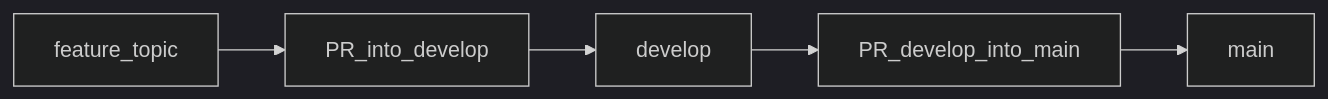
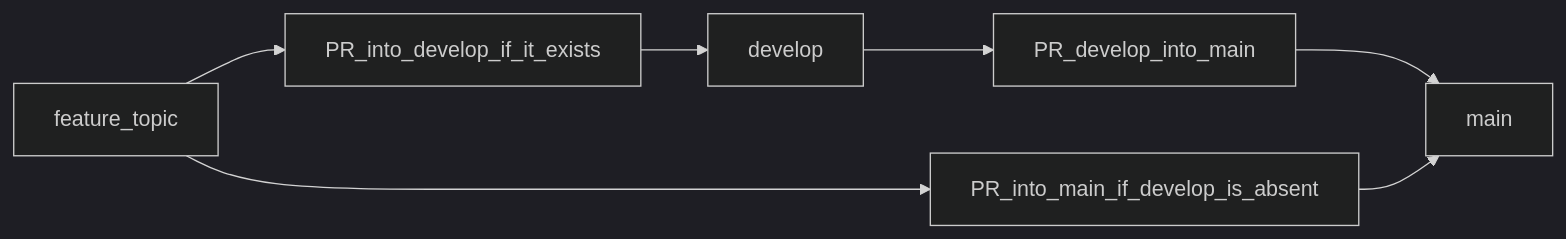
The diagram in contributing.md (n0nuser/n0nuser.github.io), drawn with Mermaid (dark theme) before and after one commit. The commit also changed other lines of this file, not shown here.

First line of the commit message:
docs: contributing flow tolerate missing develop branch

````diff
--- a/contributing.md
+++ b/contributing.md
@@ -23,7 +23,9 @@
 ```mermaid
 flowchart LR
-  feature[feature_topic] --> prDev[PR_into_develop]
+  feature[feature_topic] --> prDev[PR_into_develop_if_it_exists]
   prDev --> develop[develop]
   develop --> prMain[PR_develop_into_main]
+  feature --> prMainDirect[PR_into_main_if_develop_is_absent]
   prMain --> main[main]
+  prMainDirect --> main
 ```
````
